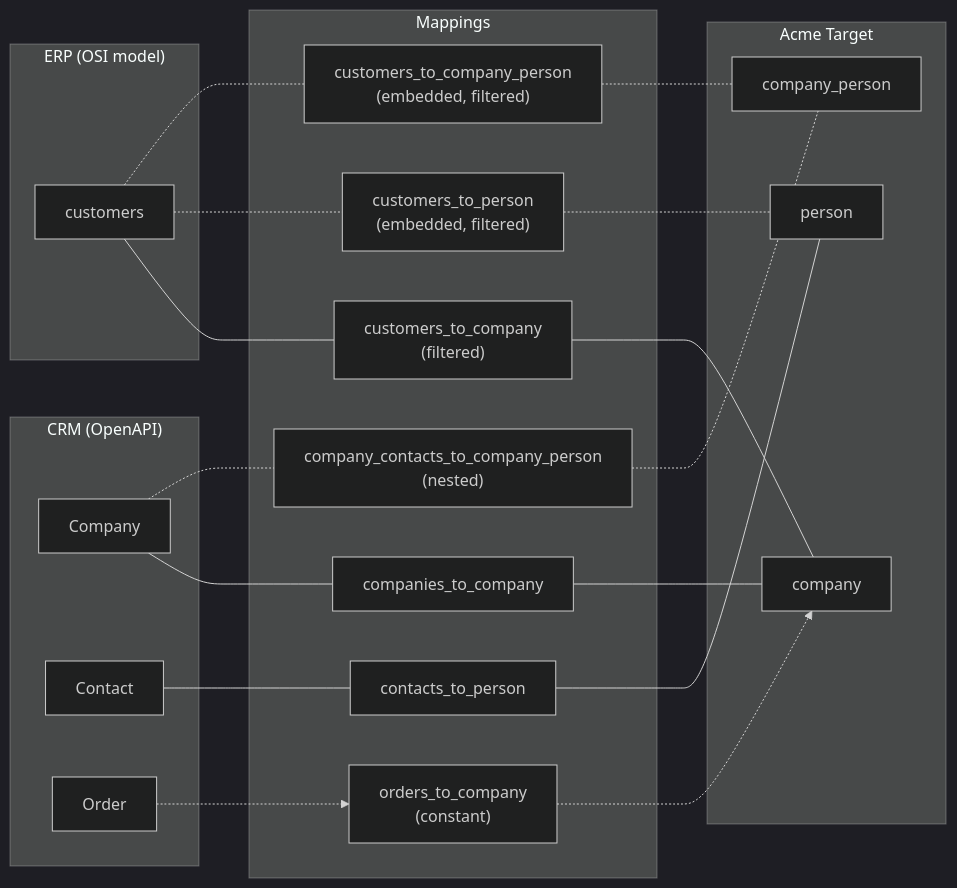
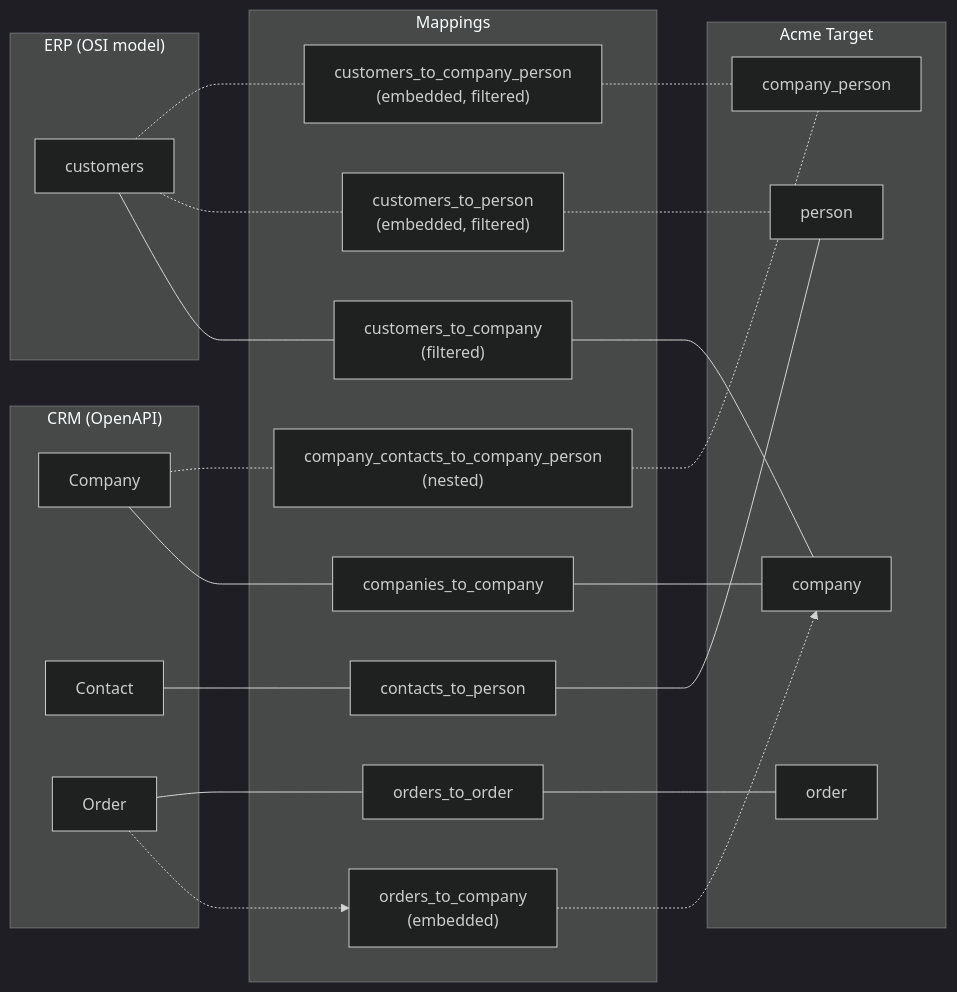
One commit to BaardBouvet/OSI-mapping changed the second of 2 diagrams in example/README.md. Above: the diagram before and after it, drawn with Mermaid (dark theme). The commit also changed other lines of this file and 2 other files, not shown here.

Commit message:
add crm orders

````diff
--- a/example/README.md
+++ b/example/README.md
@@ -29,49 +31,54 @@
 ```mermaid
 graph LR
     subgraph CRM["CRM (OpenAPI)"]
         crm_companies[Company]
         crm_contacts[Contact]
         crm_orders[Order]
     end
 
     subgraph ERP["ERP (OSI model)"]
         erp_customers[customers]
     end
 
     subgraph MAP["Mappings"]
         m1[companies_to_company]
         m2[contacts_to_person]
         m3["company_contacts_to_company_person<br/>(nested)"]
-        m7["orders_to_company<br/>(constant)"]
+        m7["orders_to_company<br/>(embedded)"]
+        m8[orders_to_order]
         m4["customers_to_company<br/>(filtered)"]
         m5["customers_to_person<br/>(embedded, filtered)"]
         m6["customers_to_company_person<br/>(embedded, filtered)"]
     end
 
     subgraph ACME["Acme Target"]
         company[company]
         person[person]
         company_person[company_person]
+        order[order]
     end
 
     crm_companies --- m1
     m1 --- company
 
     crm_contacts --- m2
     m2 --- person
 
     crm_companies -.- m3
     m3 -.- company_person
 
     crm_orders -.-> m7
     m7 -.-> company
 
+    crm_orders --- m8
+    m8 --- order
+
     erp_customers --- m4
     m4 --- company
 
     erp_customers -.- m5
     m5 -.- person
 
     erp_customers -.- m6
     m6 -.- company_person
 ```
````
